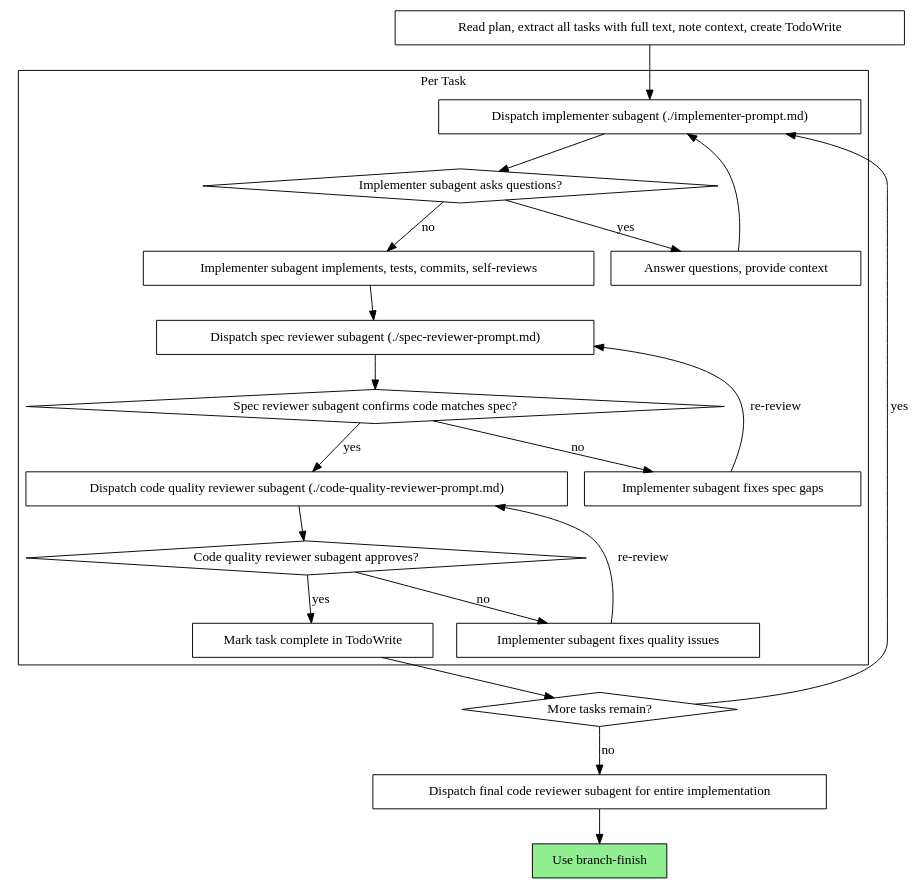
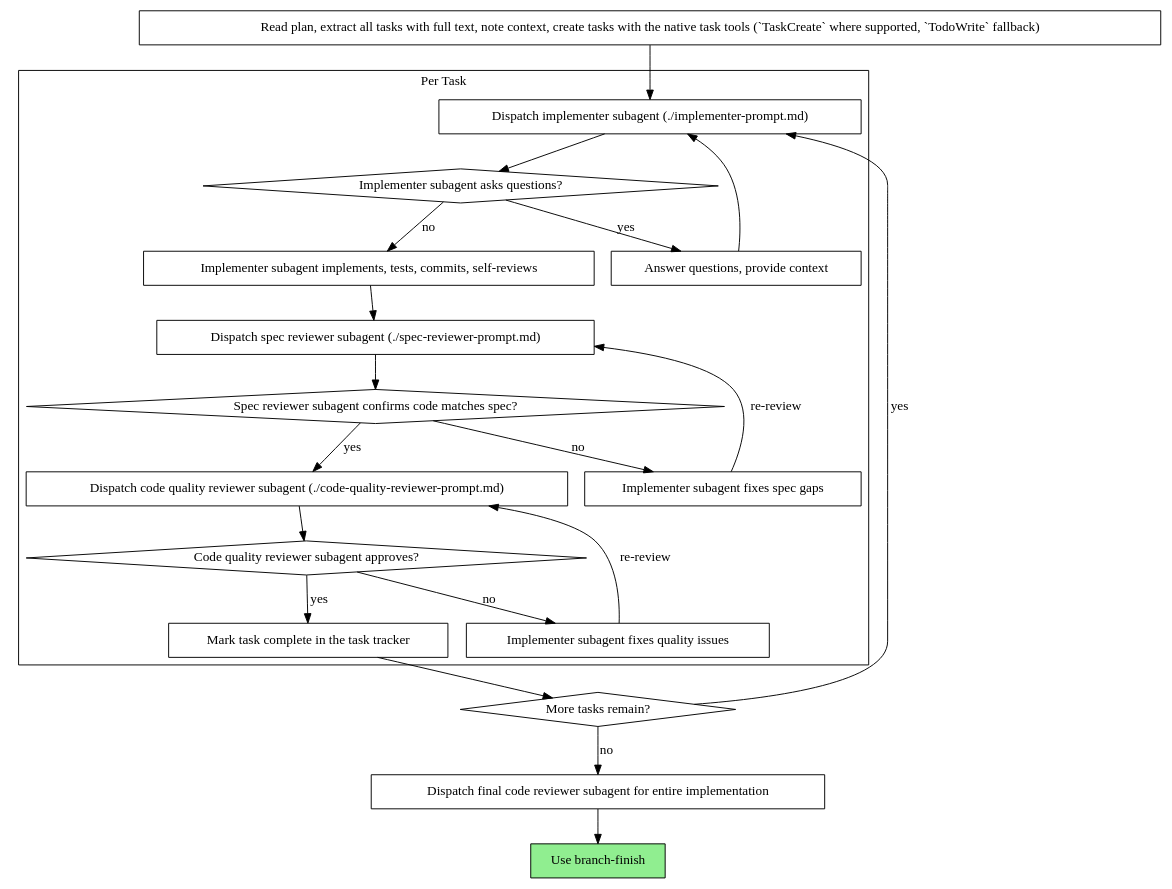
Before and after one commit to phatblat/dotfiles: the second of 2 diagrams in .agents/skills/subagent-driven-development/SKILL.md, drawn with Graphviz. The commit also changed other lines of this file and 46 other files, not shown here.

````diff
--- a/.agents/skills/subagent-driven-development/SKILL.md
+++ b/.agents/skills/subagent-driven-development/SKILL.md
@@ -44,44 +44,44 @@
 ```dot
 digraph process {
     rankdir=TB;
 
     subgraph cluster_per_task {
         label="Per Task";
         "Dispatch implementer subagent (./implementer-prompt.md)" [shape=box];
         "Implementer subagent asks questions?" [shape=diamond];
         "Answer questions, provide context" [shape=box];
         "Implementer subagent implements, tests, commits, self-reviews" [shape=box];
         "Dispatch spec reviewer subagent (./spec-reviewer-prompt.md)" [shape=box];
         "Spec reviewer subagent confirms code matches spec?" [shape=diamond];
         "Implementer subagent fixes spec gaps" [shape=box];
         "Dispatch code quality reviewer subagent (./code-quality-reviewer-prompt.md)" [shape=box];
         "Code quality reviewer subagent approves?" [shape=diamond];
         "Implementer subagent fixes quality issues" [shape=box];
-        "Mark task complete in TodoWrite" [shape=box];
+        "Mark task complete in the task tracker" [shape=box];
     }
 
-    "Read plan, extract all tasks with full text, note context, create TodoWrite" [shape=box];
+    "Read plan, extract all tasks with full text, note context, create tasks with the native task tools (`TaskCreate` where supported, `TodoWrite` fallback)" [shape=box];
     "More tasks remain?" [shape=diamond];
     "Dispatch final code reviewer subagent for entire implementation" [shape=box];
     "Use branch-finish" [shape=box style=filled fillcolor=lightgreen];
 
-    "Read plan, extract all tasks with full text, note context, create TodoWrite" -> "Dispatch implementer subagent (./implementer-prompt.md)";
+    "Read plan, extract all tasks with full text, note context, create tasks with the native task tools (`TaskCreate` where supported, `TodoWrite` fallback)" -> "Dispatch implementer subagent (./implementer-prompt.md)";
     "Dispatch implementer subagent (./implementer-prompt.md)" -> "Implementer subagent asks questions?";
     "Implementer subagent asks questions?" -> "Answer questions, provide context" [label="yes"];
     "Answer questions, provide context" -> "Dispatch implementer subagent (./implementer-prompt.md)";
     "Implementer subagent asks questions?" -> "Implementer subagent implements, tests, commits, self-reviews" [label="no"];
     "Implementer subagent implements, tests, commits, self-reviews" -> "Dispatch spec reviewer subagent (./spec-reviewer-prompt.md)";
     "Dispatch spec reviewer subagent (./spec-reviewer-prompt.md)" -> "Spec reviewer subagent confirms code matches spec?";
     "Spec reviewer subagent confirms code matches spec?" -> "Implementer subagent fixes spec gaps" [label="no"];
     "Implementer subagent fixes spec gaps" -> "Dispatch spec reviewer subagent (./spec-reviewer-prompt.md)" [label="re-review"];
     "Spec reviewer subagent confirms code matches spec?" -> "Dispatch code quality reviewer subagent (./code-quality-reviewer-prompt.md)" [label="yes"];
     "Dispatch code quality reviewer subagent (./code-quality-reviewer-prompt.md)" -> "Code quality reviewer subagent approves?";
     "Code quality reviewer subagent approves?" -> "Implementer subagent fixes quality issues" [label="no"];
     "Implementer subagent fixes quality issues" -> "Dispatch code quality reviewer subagent (./code-quality-reviewer-prompt.md)" [label="re-review"];
-    "Code quality reviewer subagent approves?" -> "Mark task complete in TodoWrite" [label="yes"];
-    "Mark task complete in TodoWrite" -> "More tasks remain?";
+    "Code quality reviewer subagent approves?" -> "Mark task complete in the task tracker" [label="yes"];
+    "Mark task complete in the task tracker" -> "More tasks remain?";
     "More tasks remain?" -> "Dispatch implementer subagent (./implementer-prompt.md)" [label="yes"];
     "More tasks remain?" -> "Dispatch final code reviewer subagent for entire implementation" [label="no"];
     "Dispatch final code reviewer subagent for entire implementation" -> "Use branch-finish";
 }
 ```
````
